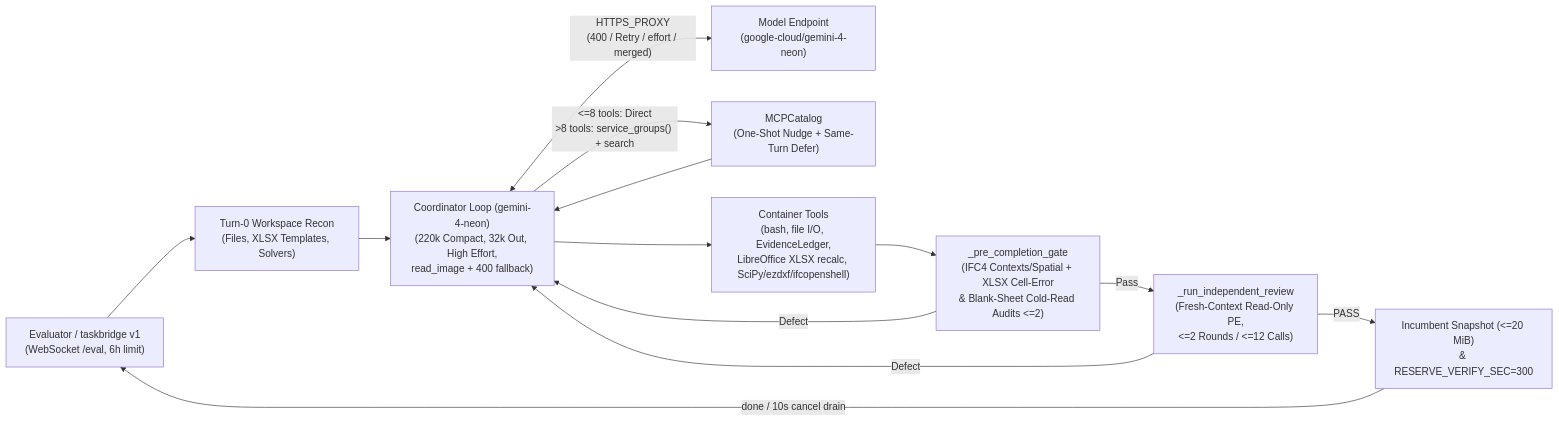
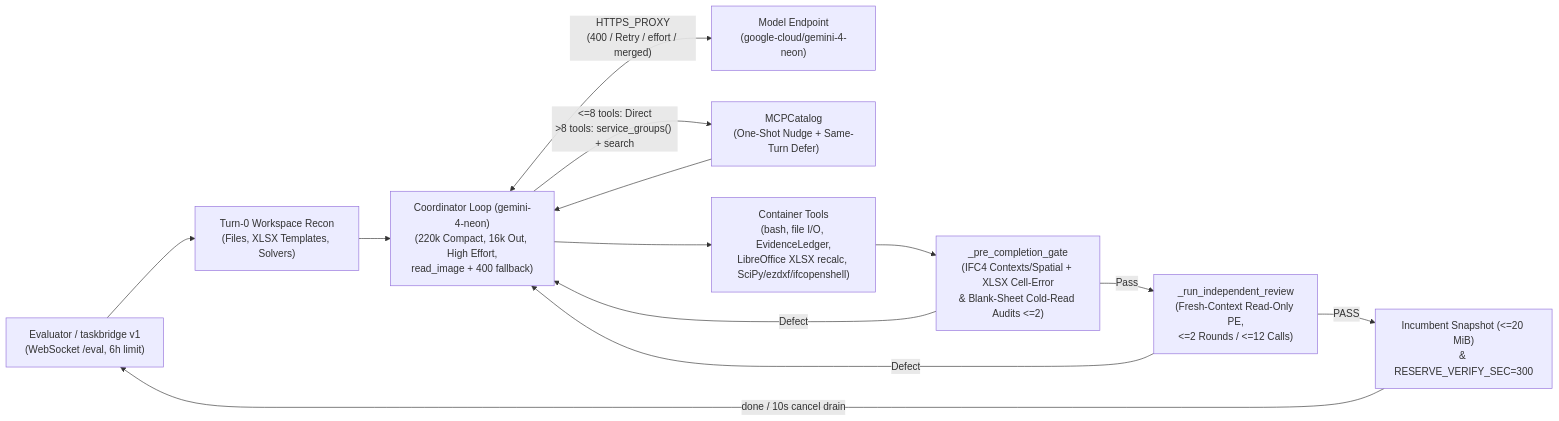
One commit to JamesWeatherhead/ple-harness changed the diagram in README.md. Above: the diagram before and after it, drawn with Mermaid. The commit also changed other lines of this file and 1 other file, not shown here.

````diff
--- a/README.md
+++ b/README.md
@@ -19,15 +19,15 @@
 ```mermaid
 flowchart LR
     EVAL["Evaluator / taskbridge v1<br/>(WebSocket /eval, 6h limit)"] --> RECON["Turn-0 Workspace Recon<br/>(Files, XLSX Templates, Solvers)"]
-    RECON --> LOOP["Coordinator Loop (gemini-4-neon)<br/>(220k Compact, 32k Out, High Effort,<br/>read_image + 400 fallback)"]
+    RECON --> LOOP["Coordinator Loop (gemini-4-neon)<br/>(220k Compact, 16k Out, High Effort,<br/>read_image + 400 fallback)"]
     LOOP <-->|"HTTPS_PROXY<br/>(400 / Retry / effort / merged)"| LLM["Model Endpoint<br/>(google-cloud/gemini-4-neon)"]
     LOOP -->|"<=8 tools: Direct<br/>>8 tools: service_groups() + search"| MCP["MCPCatalog<br/>(One-Shot Nudge + Same-Turn Defer)"]
     LOOP --> TOOLS["Container Tools<br/>(bash, file I/O, EvidenceLedger,<br/>LibreOffice XLSX recalc, SciPy/ezdxf/ifcopenshell)"]
     MCP --> LOOP
     TOOLS --> GATE["_pre_completion_gate<br/>(IFC4 Contexts/Spatial + XLSX Cell-Error<br/>& Blank-Sheet Cold-Read Audits <=2)"]
     GATE -->|"Pass"| PE["_run_independent_review<br/>(Fresh-Context Read-Only PE,<br/><=2 Rounds / <=12 Calls)"]
     GATE -->|"Defect"| LOOP
     PE -->|"PASS"| INC["Incumbent Snapshot (<=20 MiB)<br/>& RESERVE_VERIFY_SEC=300"]
     PE -->|"Defect"| LOOP
     INC -->|"done / 10s cancel drain"| EVAL
 ```
````
